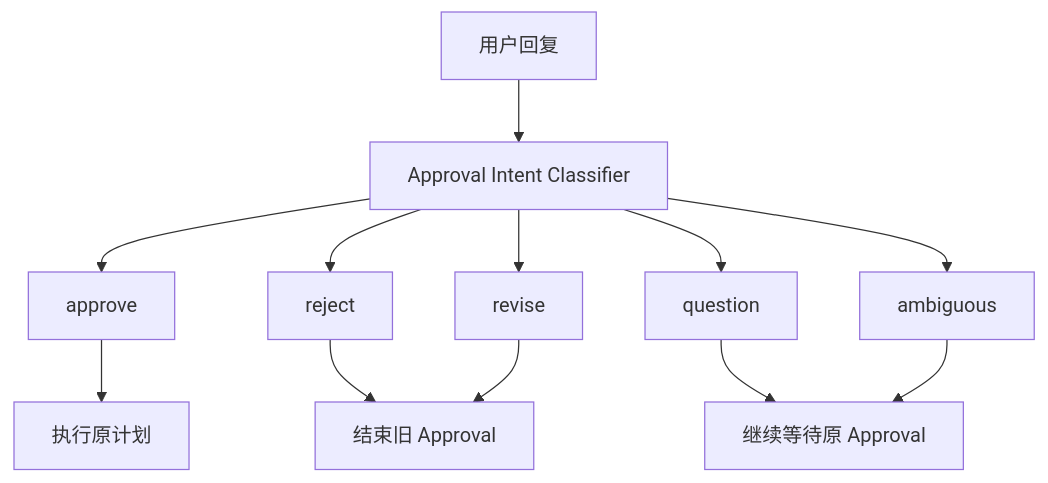
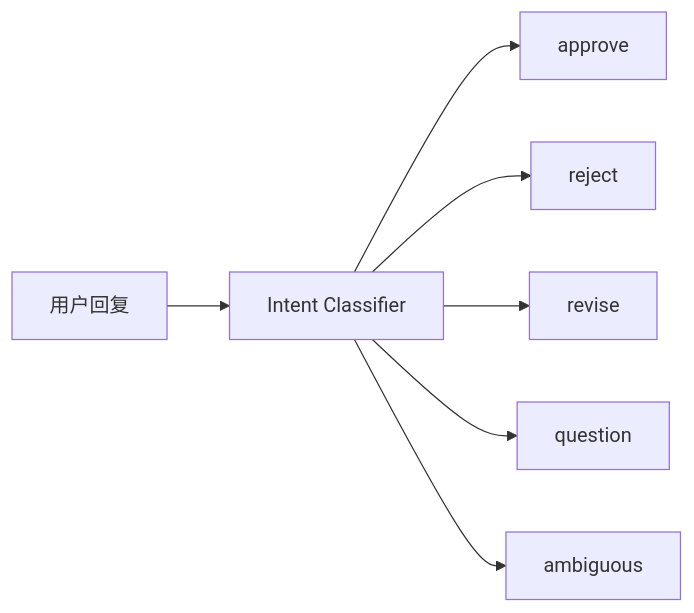
One commit to Arthur999459up/GitAgent changed the fifth of 8 diagrams in docs/08-approval-and-remote-mutations.md. Above: the diagram before and after it, drawn with Mermaid. The commit also changed other lines of this file and 15 other files, not shown here.

````diff
--- a/docs/08-approval-and-remote-mutations.md
+++ b/docs/08-approval-and-remote-mutations.md
@@ -289,14 +150,9 @@
 ```mermaid
-flowchart TD
-    U[用户回复] --> C[Approval Intent Classifier]
+flowchart LR
+    U[用户回复] --> C[Intent Classifier]
     C --> A[approve]
     C --> R[reject]
     C --> V[revise]
     C --> Q[question]
     C --> X[ambiguous]
-    Q --> W[继续等待原 Approval]
-    X --> W
-    A --> E[执行原计划]
-    R --> F[结束旧 Approval]
-    V --> F
 ```
````
